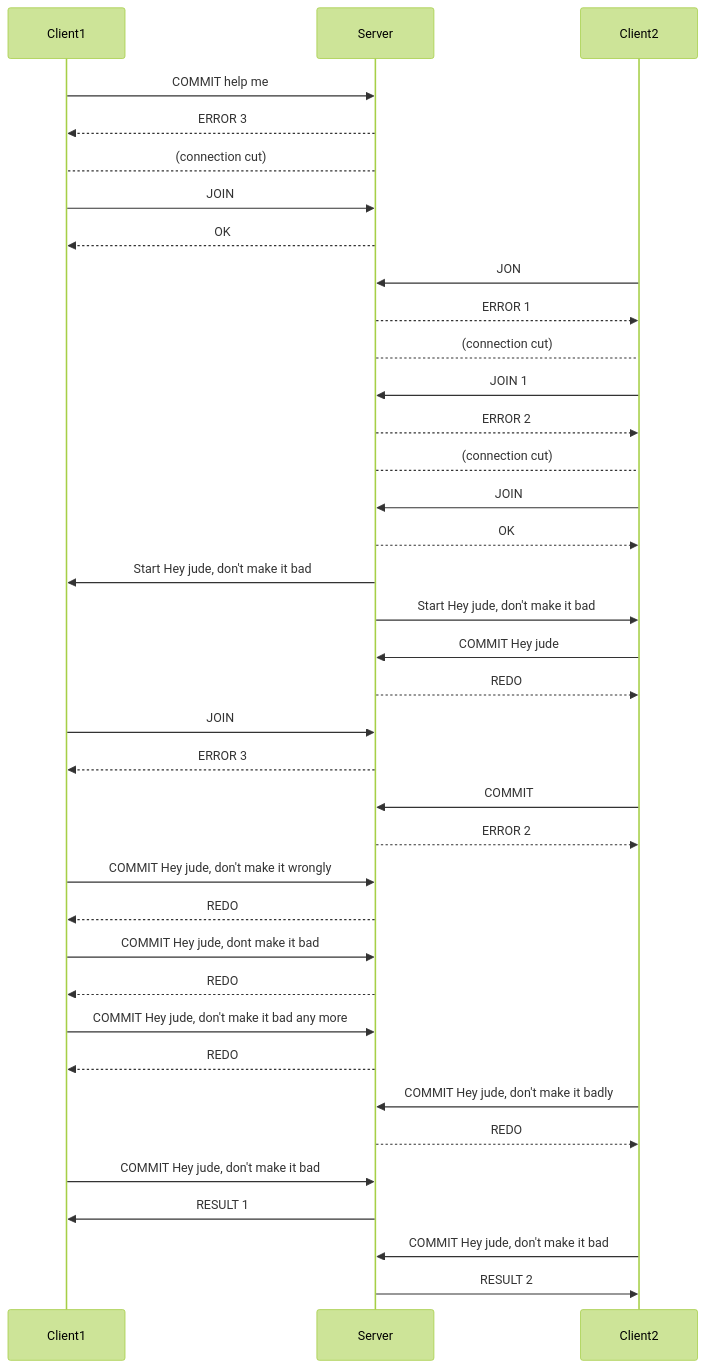
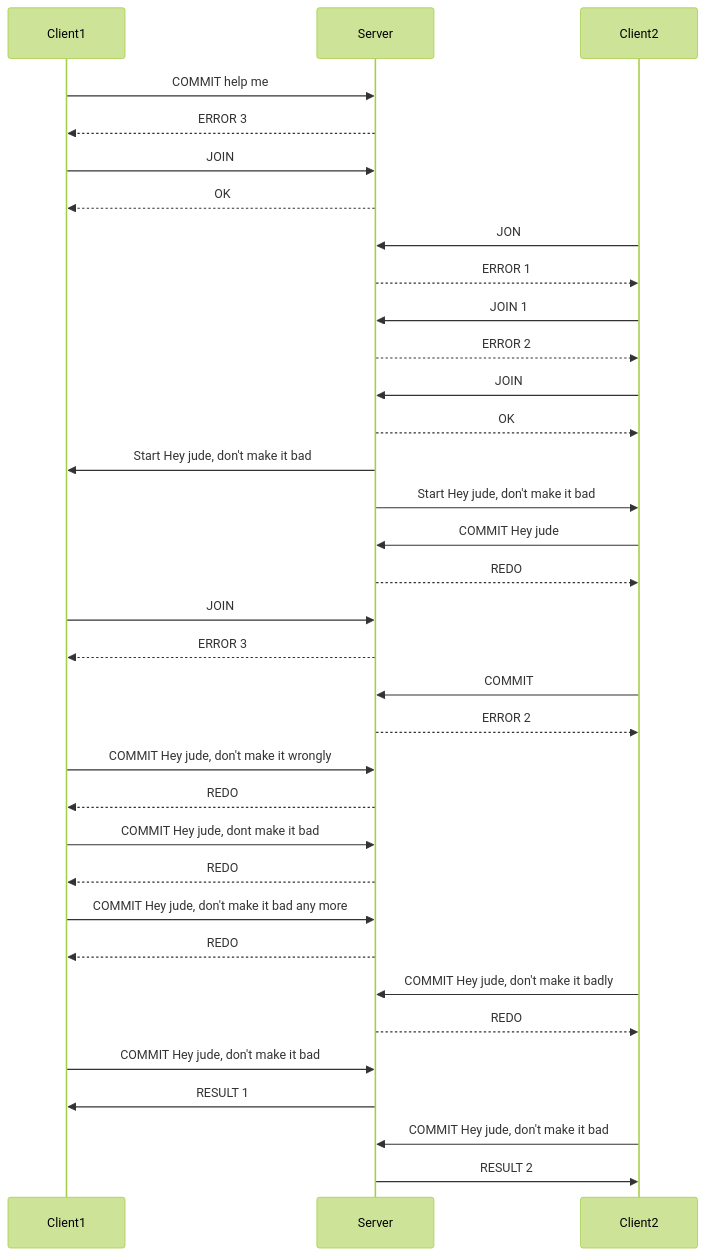
The second of 3 diagrams in ApplicationProtocol.md (RomainVuilleumier/DAI-2026-2027-Class-A-PW2_Romain-Vuilleumier-Cedric-Herard), drawn with Mermaid (forest theme) before and after one commit. The commit also changed other lines of this file, not shown here.

Commit message:
Application Protocol without cutting the connection

````diff
--- a/ApplicationProtocol.md
+++ b/ApplicationProtocol.md
@@ -125,36 +125,33 @@
 ```mermaid
 sequenceDiagram
     Client1->>Server: COMMIT help me
     Server-->>Client1:ERROR 3
-    Server-->Client1 : (connection cut)
     Client1->>Server: JOIN
     Server-->>Client1:OK
     Client2->>Server: JON
     Server-->>Client2:ERROR 1
-    Server-->Client2 : (connection cut)
     Client2->>Server: JOIN 1
     Server-->>Client2:ERROR 2
-    Server-->Client2 : (connection cut)
     Client2->>Server: JOIN
     Server-->>Client2:OK
     Server->>Client1 :Start Hey jude, don't make it bad
     Server->>Client2 :Start Hey jude, don't make it bad
     Client2->>Server :COMMIT Hey jude
     Server-->>Client2:REDO
     Client1->>Server: JOIN
     Server-->>Client1:ERROR 3
     Client2->>Server :COMMIT
     Server-->>Client2:ERROR 2
     Client1->>Server :COMMIT Hey jude, don't make it wrongly
     Server-->>Client1:REDO
     Client1->>Server :COMMIT Hey jude, dont make it bad
     Server-->>Client1:REDO
     Client1->>Server :COMMIT Hey jude, don't make it bad any more
     Server-->>Client1:REDO
     Client2->>Server :COMMIT Hey jude, don't make it badly
     Server-->>Client2:REDO
     Client1->>Server :COMMIT Hey jude, don't make it bad
     Server->>Client1:RESULT 1
     Client2->>Server :COMMIT Hey jude, don't make it bad
     Server->>Client2:RESULT 2
 ```
````
